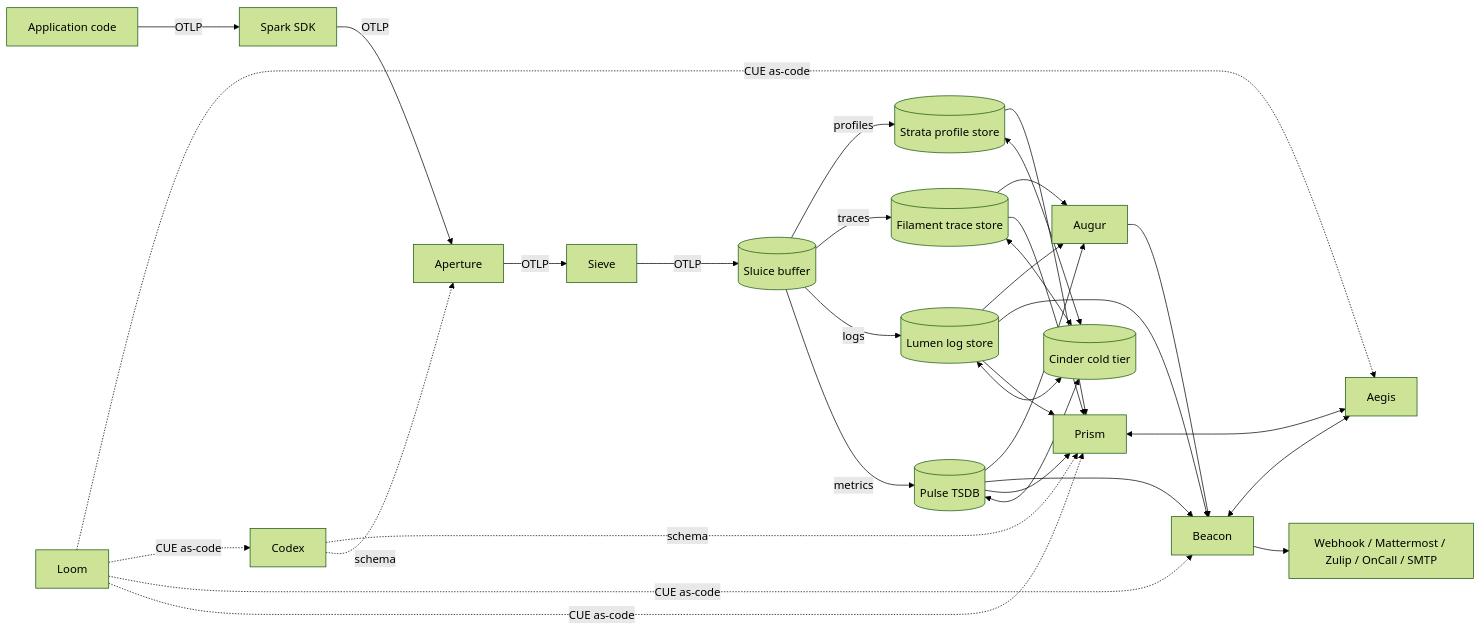
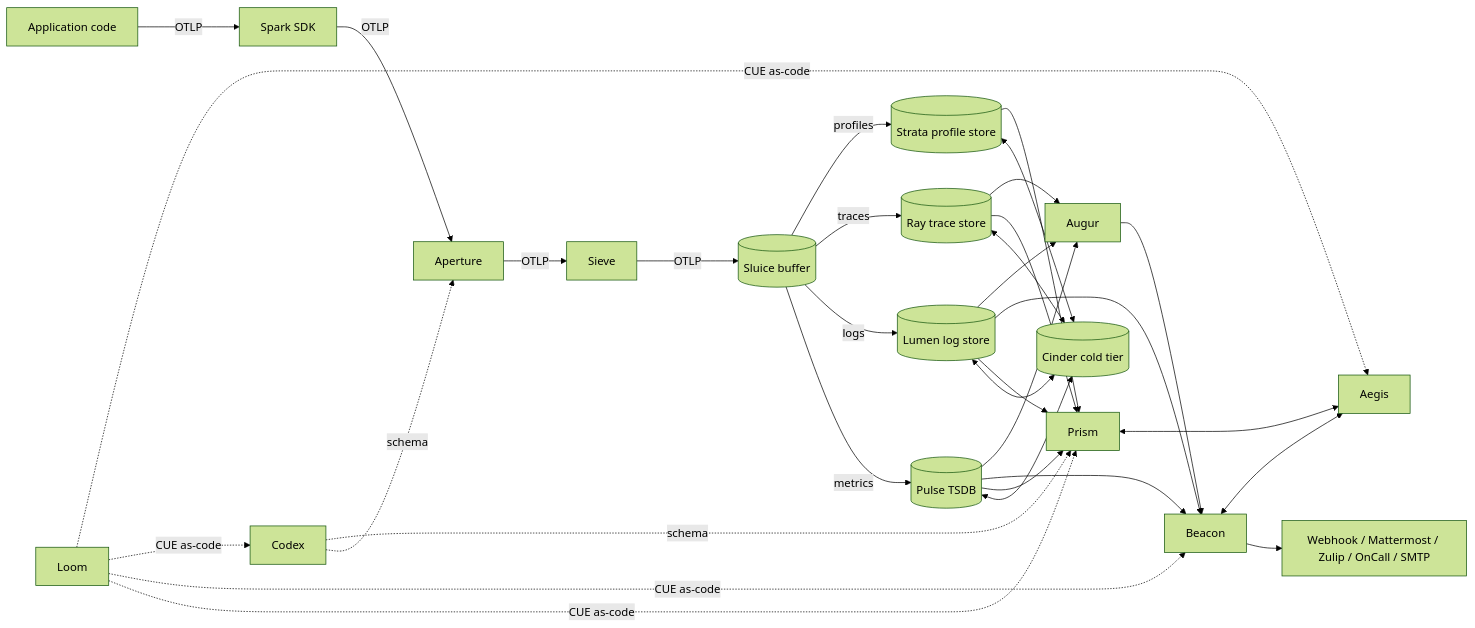
One commit to andrealaforgia/kaleidoscope changed the first of 3 diagrams in docs/roadmap/kaleidoscope-foss-implementation-roadmap.md. Above: the diagram before and after it, drawn with Mermaid (forest theme). The commit also changed other lines of this file and 1 other file, not shown here.

First line of the commit message:
docs: rename trace-storage component Filament to Ray

````diff
--- a/docs/roadmap/kaleidoscope-foss-implementation-roadmap.md
+++ b/docs/roadmap/kaleidoscope-foss-implementation-roadmap.md
@@ -420,34 +420,34 @@
 ```mermaid
 flowchart LR
     App[Application code] -- OTLP --> Spark[Spark SDK]
     Spark -- OTLP --> Aperture
     Aperture -- OTLP --> Sieve
     Sieve -- OTLP --> Sluice[(Sluice buffer)]
     Sluice -- metrics --> Pulse[(Pulse TSDB)]
     Sluice -- logs --> Lumen[(Lumen log store)]
-    Sluice -- traces --> Filament[(Filament trace store)]
+    Sluice -- traces --> Ray[(Ray trace store)]
     Sluice -- profiles --> Strata[(Strata profile store)]
     Pulse <--> Cinder[(Cinder cold tier)]
     Lumen <--> Cinder
-    Filament <--> Cinder
+    Ray <--> Cinder
     Strata <--> Cinder
     Codex -. schema .-> Aperture
     Codex -. schema .-> Prism
     Pulse --> Prism
     Lumen --> Prism
-    Filament --> Prism
+    Ray --> Prism
     Strata --> Prism
     Pulse --> Beacon
     Lumen --> Beacon
     Beacon --> Pager[Webhook / Mattermost / Zulip / OnCall / SMTP]
     Prism <--> Aegis
     Beacon <--> Aegis
     Loom -. CUE as-code .-> Prism
     Loom -. CUE as-code .-> Beacon
     Loom -. CUE as-code .-> Codex
     Loom -. CUE as-code .-> Aegis
     Augur --> Beacon
     Pulse --> Augur
     Lumen --> Augur
-    Filament --> Augur
+    Ray --> Augur
 ```
````
